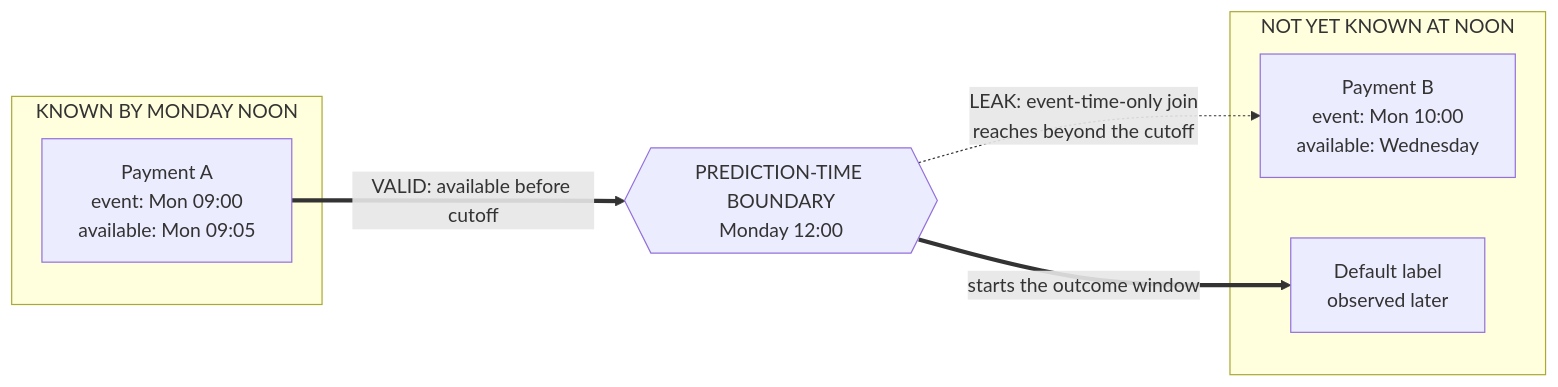
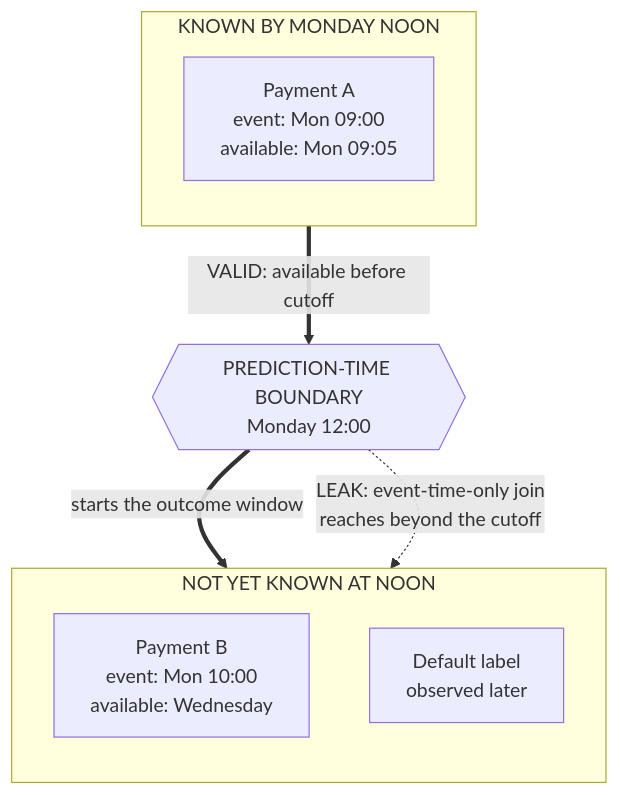
One commit to mlmentorship/mlmentorship.github.io changed the diagram in src/content/posts/2026-08-28-data-leakage-point-in-time-correctness.md. Above: the diagram before and after it, drawn with Mermaid. The commit also changed 50 other files, not shown here.

````diff
--- a/src/content/posts/2026-08-28-data-leakage-point-in-time-correctness.md
+++ b/src/content/posts/2026-08-28-data-leakage-point-in-time-correctness.md
@@ -72,20 +72,22 @@
 ```mermaid
-flowchart LR
+flowchart TB
 	accTitle: Availability time determines which events may cross the prediction-time boundary
 	accDescr: Payment A occurred at 9 AM and was available at 9:05 AM, so it follows a solid valid path into the Monday noon prediction. Payment B occurred at 10 AM but was not available until Wednesday. A dashed leakage path reaches from the prediction into Payment B because an event-time-only join would incorrectly use it. The default label is observed after the prediction and belongs only to the outcome window.
 	subgraph KNOWN["KNOWN BY MONDAY NOON"]
+		direction TB
 		A["Payment A<br/>event: Mon 09:00<br/>available: Mon 09:05"]
 	end
 	C{{"PREDICTION-TIME BOUNDARY<br/>Monday 12:00"}}
 	subgraph FUTURE["NOT YET KNOWN AT NOON"]
+		direction TB
 		B["Payment B<br/>event: Mon 10:00<br/>available: Wednesday"]
 		Y["Default label<br/>observed later"]
 	end
 	A ==>|"VALID: available before cutoff"| C
 	C ==>|"starts the outcome window"| Y
 	C -. "LEAK: event-time-only join<br/>reaches beyond the cutoff" .-> B
 	class A viz-input
 	class C viz-focus
 	class B viz-warning
 	class Y viz-output
 ```
````
